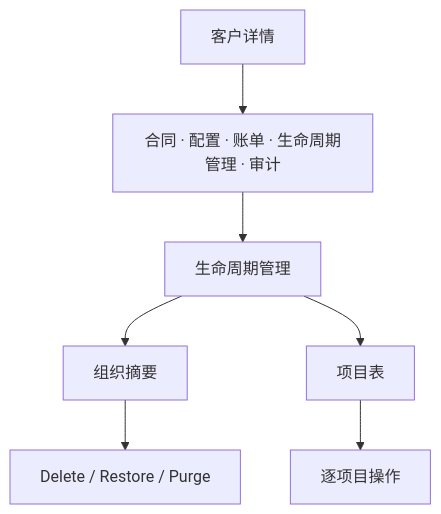
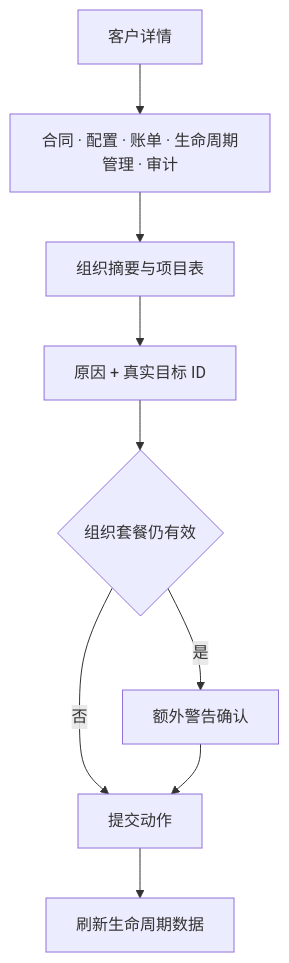
Before and after one commit to qinwenshiCH/workflow: the sixth of 6 diagrams in specs/20260716-Wave-Refac-OrganizationProjectLifecycle/03-plan.md, drawn with Mermaid. The commit also changed other lines of this file and 4 other files, not shown here.

````diff
--- a/specs/20260716-Wave-Refac-OrganizationProjectLifecycle/03-plan.md
+++ b/specs/20260716-Wave-Refac-OrganizationProjectLifecycle/03-plan.md
@@ -318,9 +321,11 @@
 ```mermaid
 flowchart TD
     Customer["客户详情"] --> Tabs["合同 · 配置 · 账单 · 生命周期管理 · 审计"]
-    Tabs --> Lifecycle["生命周期管理"]
-    Lifecycle --> Org["组织摘要"]
-    Lifecycle --> Projects["项目表"]
-    Org --> OrgActions["Delete / Restore / Purge"]
-    Projects --> ProjectActions["逐项目操作"]
+    Tabs --> Lifecycle["组织摘要与项目表"]
+    Lifecycle --> Dialog["原因 + 真实目标 ID"]
+    Dialog --> Warn{"组织套餐仍有效"}
+    Warn -->|"是"| Extra["额外警告确认"]
+    Warn -->|"否"| Submit["提交动作"]
+    Extra --> Submit
+    Submit --> Refresh["刷新生命周期数据"]
 ```
````
